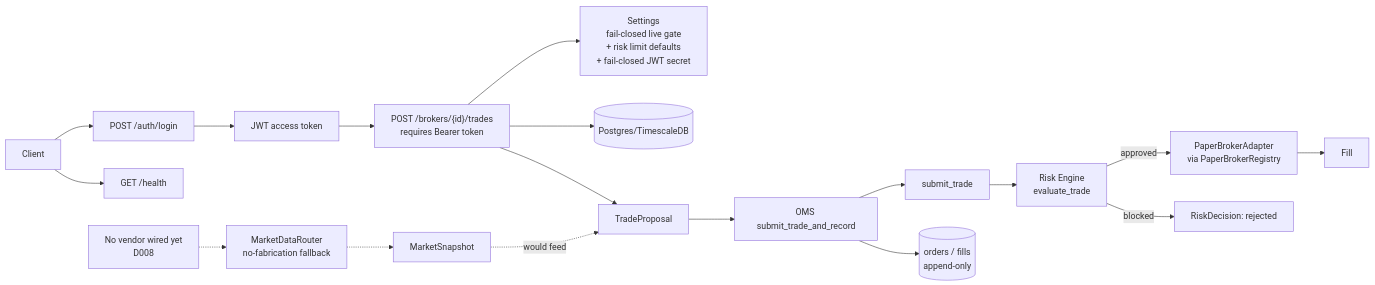
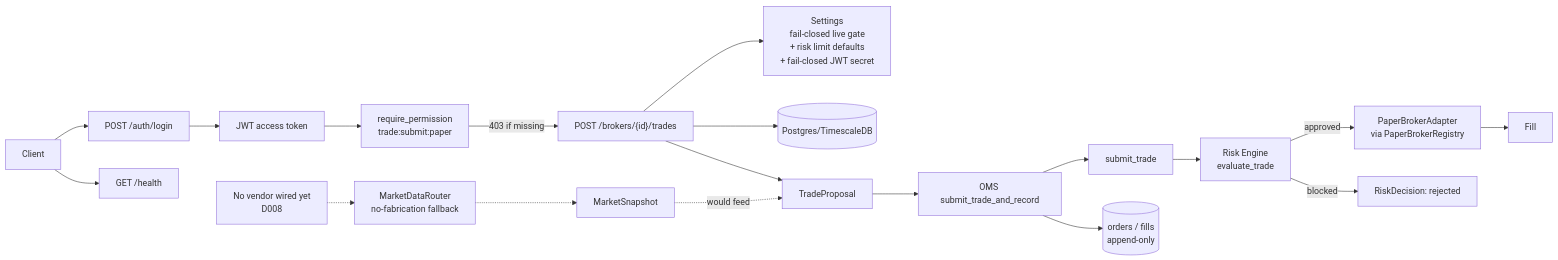
The first of 2 diagrams in docs/ARCHITECTURE.md (Freedomwelathlab/Trading-Agents), drawn with Mermaid before and after one commit. The commit also changed other lines of this file and 13 other files, not shown here.

````diff
--- a/docs/ARCHITECTURE.md
+++ b/docs/ARCHITECTURE.md
@@ -5,22 +5,23 @@
 ```mermaid
 flowchart LR
     client[Client] --> login["POST /auth/login"]
     login --> token[JWT access token]
-    token --> route["POST /brokers/{id}/trades\nrequires Bearer token"]
+    token --> perm["require_permission\ntrade:submit:paper"]
+    perm -->|403 if missing| route["POST /brokers/{id}/trades"]
     client --> health[GET /health]
     route --> settings[Settings\nfail-closed live gate\n+ risk limit defaults\n+ fail-closed JWT secret]
     route --> db[(Postgres/TimescaleDB)]
 
     vendors[No vendor wired yet\nD008] -.-> router[MarketDataRouter\nno-fabrication fallback]
     router -.-> snapshot[MarketSnapshot]
     snapshot -.would feed.-> proposal
 
     proposal[TradeProposal] --> persist[OMS submit_trade_and_record]
     persist --> oms[submit_trade]
     oms --> risk[Risk Engine\nevaluate_trade]
     risk -->|approved| broker[PaperBrokerAdapter\nvia PaperBrokerRegistry]
     risk -->|blocked| rejected[RiskDecision: rejected]
     broker --> fill[Fill]
     persist --> orders[(orders / fills\nappend-only)]
     route --> proposal
 ```
````
